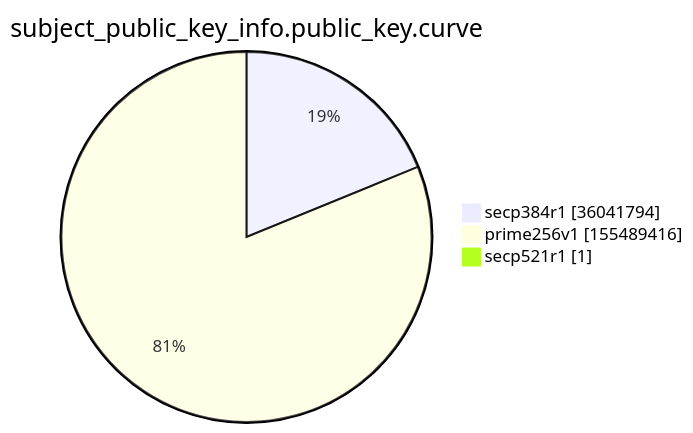
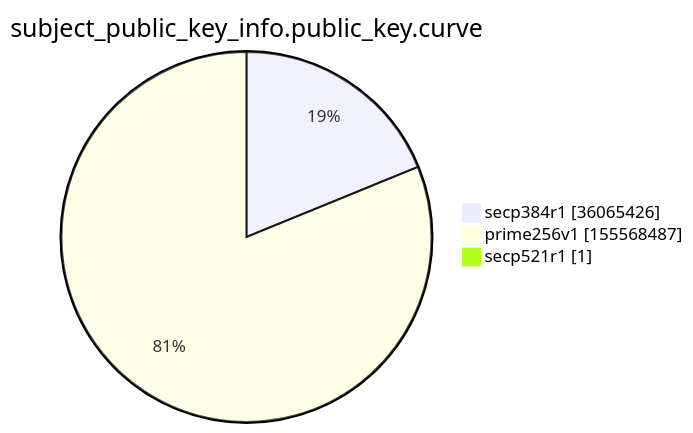
Before and after one commit to christiankrug/ctmonitor_visualization: the ninth of 15 diagrams in argon2022/README.md, drawn with Mermaid. The commit also changed other lines of this file, not shown here.

````diff
--- a/argon2022/README.md
+++ b/argon2022/README.md
@@ -2766,7 +2766,7 @@
 ```mermaid
 pie showData
 title subject_public_key_info.public_key.curve
-"secp384r1" :36041794
-"prime256v1" :155489416
+"secp384r1" :36065426
+"prime256v1" :155568487
 "secp521r1" :1
 ```
````
